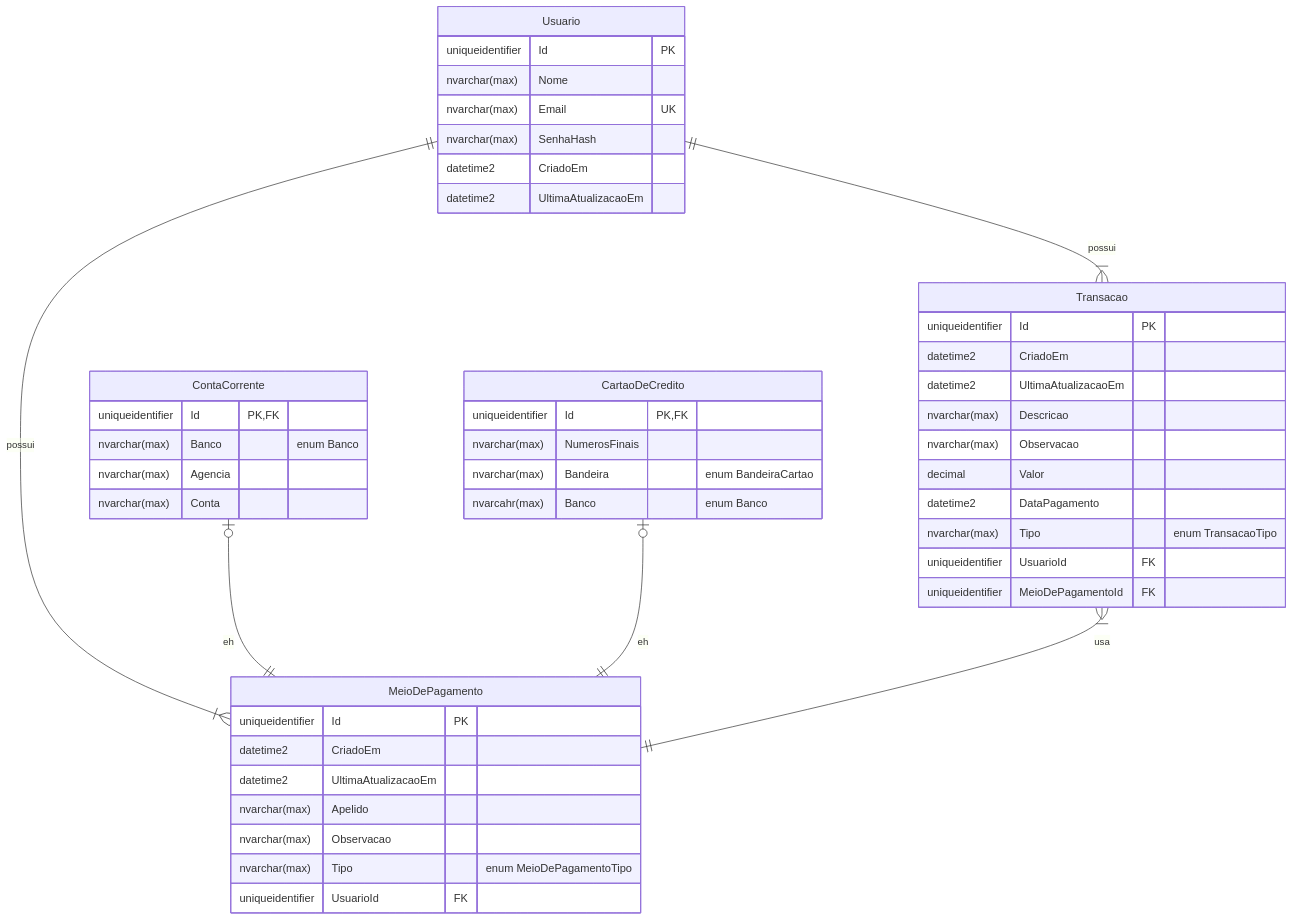
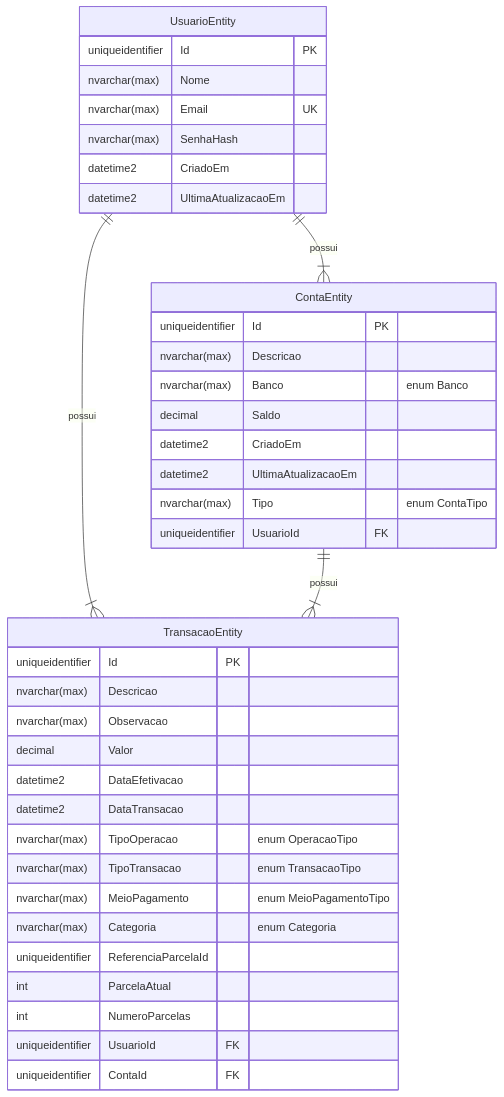
Before and after one commit to gbLw1/MyCoreBanking: the fourth of 4 diagrams in README.md, drawn with Mermaid. The commit also changed other lines of this file, not shown here.

Commit message:
chore: correção diagrama entidade-relacionamento

````diff
--- a/README.md
+++ b/README.md
@@ -294,55 +294,46 @@
 ```mermaid
 erDiagram
 
-ContaCorrente{
-    uniqueidentifier Id PK, FK
+ContaEntity{
+    uniqueidentifier Id PK
+    nvarchar(max) Descricao
     nvarchar(max) Banco "enum Banco"
-    nvarchar(max) Agencia
-    nvarchar(max) Conta
-}
-
-MeioDePagamento{
-    uniqueidentifier Id PK
+    decimal Saldo
     datetime2 CriadoEm
     datetime2 UltimaAtualizacaoEm
-    nvarchar(max) Apelido
-    nvarchar(max) Observacao
-    nvarchar(max) Tipo "enum MeioDePagamentoTipo"
+    nvarchar(max) Tipo "enum ContaTipo"
     uniqueidentifier UsuarioId FK
 }
 
-CartaoDeCredito{
-    uniqueidentifier Id PK, FK
-    nvarchar(max) NumerosFinais
-    nvarchar(max) Bandeira "enum BandeiraCartao"
-    nvarcahr(max) Banco "enum Banco"
-}
-
-Usuario{
+UsuarioEntity{
     uniqueidentifier Id PK
     nvarchar(max) Nome
     nvarchar(max) Email UK
     nvarchar(max) SenhaHash
     datetime2 CriadoEm
     datetime2 UltimaAtualizacaoEm
 }
 
-Transacao{
+TransacaoEntity{
     uniqueidentifier Id PK
-    datetime2 CriadoEm
-    datetime2 UltimaAtualizacaoEm
     nvarchar(max) Descricao
     nvarchar(max) Observacao
     decimal Valor
-    datetime2 DataPagamento
-    nvarchar(max) Tipo "enum TransacaoTipo"
+    datetime2 DataEfetivacao
+    datetime2 DataTransacao
+    nvarchar(max) TipoOperacao "enum OperacaoTipo"
+    nvarchar(max) TipoTransacao "enum TransacaoTipo"
+    nvarchar(max) MeioPagamento "enum MeioPagamentoTipo"
+    nvarchar(max) Categoria "enum Categoria"
+    uniqueidentifier ReferenciaParcelaId
+    int ParcelaAtual
+    int NumeroParcelas
     uniqueidentifier UsuarioId FK
-    uniqueidentifier MeioDePagamentoId FK
+    uniqueidentifier ContaId FK
 }
 
-Usuario ||--|{ MeioDePagamento : possui
-Usuario ||--|{ Transacao : possui
-ContaCorrente |o--|| MeioDePagamento : eh
-CartaoDeCredito |o--|| MeioDePagamento : eh
-Transacao }|--|| MeioDePagamento : usa
+%%Relacionamentos:
+UsuarioEntity ||--|{ ContaEntity : possui
+UsuarioEntity ||--|{ TransacaoEntity : possui
+ContaEntity ||--|{ TransacaoEntity : possui
 ```
````
